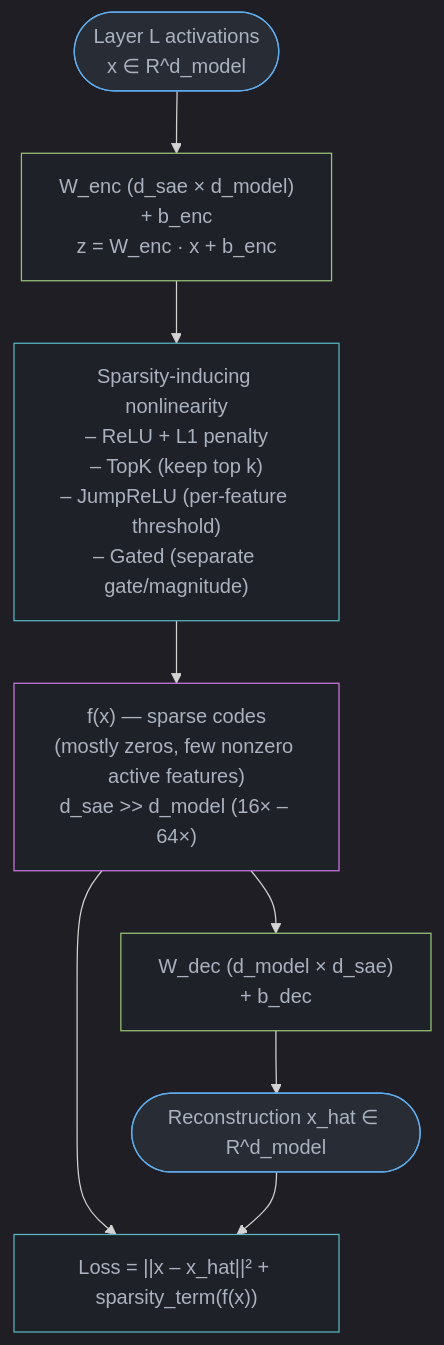
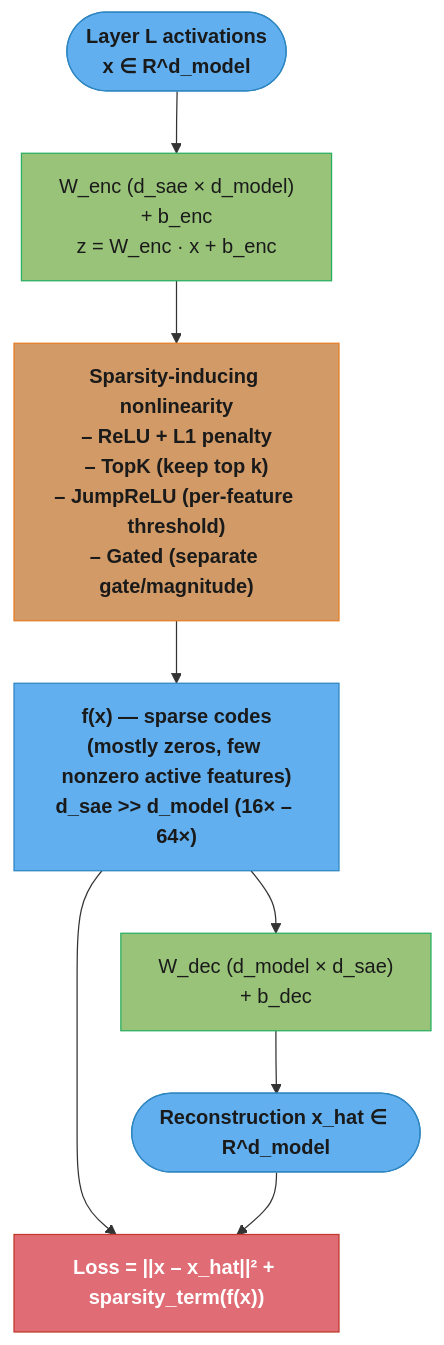
The first of 3 diagrams in src/main/java/com/rutik/systemdesign/llm/mechanistic_interpretability/README.md (rppol/system-design), drawn with Mermaid before and after one commit. The commit also changed other lines of this file and 88 other files, not shown here.

````diff
--- a/src/main/java/com/rutik/systemdesign/llm/mechanistic_interpretability/README.md
+++ b/src/main/java/com/rutik/systemdesign/llm/mechanistic_interpretability/README.md
@@ -167,20 +167,22 @@
 ```mermaid
-%%{init: {'flowchart': {'curve': 'basis'}, 'theme': 'dark'}}%%
 flowchart TD
+    classDef io      fill:#61afef,stroke:#2e86c1,color:#1a1a1a,font-weight:bold
+    classDef frozen  fill:#c678dd,stroke:#9b59b6,color:#fff
+    classDef train   fill:#98c379,stroke:#27ae60,color:#1a1a1a
+    classDef mathOp  fill:#d19a66,stroke:#e67e22,color:#1a1a1a,font-weight:bold
+    classDef lossN   fill:#e06c75,stroke:#c0392b,color:#fff,font-weight:bold
+    classDef req     fill:#56b6c2,stroke:#0097a7,color:#1a1a1a
+    classDef base    fill:#e5c07b,stroke:#f39c12,color:#1a1a1a
+
     Input(["Layer L activations\nx ∈ R^d_model"]) --> Enc
     Enc["W_enc (d_sae × d_model)\n+ b_enc\nz = W_enc · x + b_enc"] --> Sparse
     Sparse["Sparsity-inducing nonlinearity\n– ReLU + L1 penalty\n– TopK (keep top k)\n– JumpReLU (per-feature threshold)\n– Gated (separate gate/magnitude)"] --> Codes
     Codes["f(x) — sparse codes\n(mostly zeros, few nonzero active features)\nd_sae >> d_model (16× – 64×)"] --> Dec
     Dec["W_dec (d_model × d_sae)\n+ b_dec"] --> Output(["Reconstruction x_hat ∈ R^d_model"])
     Codes & Output --> Loss["Loss = ||x – x_hat||² + sparsity_term(f(x))"]
 
-    classDef io     fill:#282c34,stroke:#61afef,color:#abb2bf
-    classDef proc   fill:#1e2127,stroke:#98c379,color:#abb2bf
-    classDef llm    fill:#1e2127,stroke:#c678dd,color:#abb2bf
-    classDef store  fill:#1e2127,stroke:#56b6c2,color:#abb2bf
-
-    class Input,Output io
-    class Enc,Dec proc
-    class Sparse,Loss store
-    class Codes llm
+    class Input,Output,Codes io
+    class Enc,Dec train
+    class Sparse mathOp
+    class Loss lossN
 ```
````
